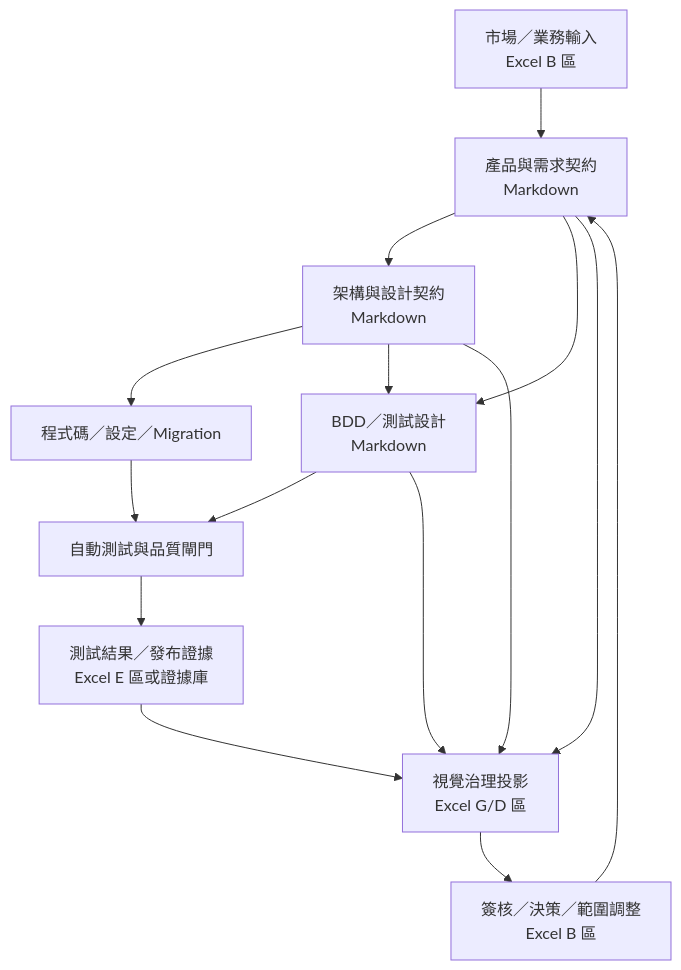
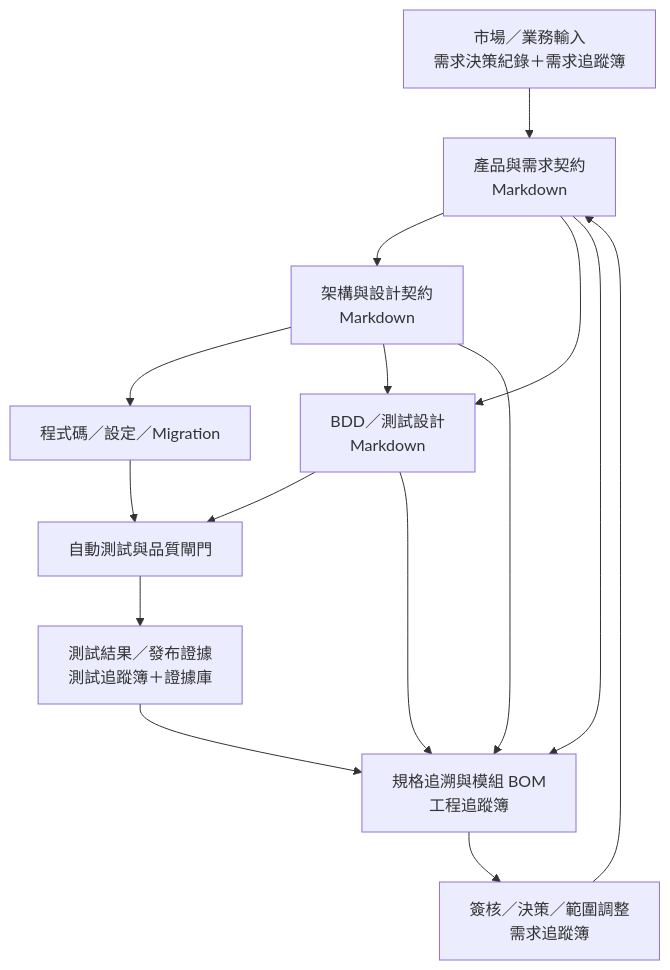
The diagram in docs/document-system/architecture.md (Zenobia000/claude-Godzilla-z), drawn with Mermaid before and after one commit. The commit also changed other lines of this file and 11 other files, not shown here.

````diff
--- a/docs/document-system/architecture.md
+++ b/docs/document-system/architecture.md
@@ -53,17 +53,17 @@
 ```mermaid
 flowchart TB
-    A[市場／業務輸入<br/>Excel B 區] --> B[產品與需求契約<br/>Markdown]
+    A[市場／業務輸入<br/>需求決策紀錄＋需求追蹤簿] --> B[產品與需求契約<br/>Markdown]
     B --> C[架構與設計契約<br/>Markdown]
     C --> D[程式碼／設定／Migration]
     B --> E[BDD／測試設計<br/>Markdown]
     C --> E
     D --> F[自動測試與品質閘門]
     E --> F
-    F --> G[測試結果／發布證據<br/>Excel E 區或證據庫]
-    B --> H[視覺治理投影<br/>Excel G/D 區]
+    F --> G[測試結果／發布證據<br/>測試追蹤簿＋證據庫]
+    B --> H[規格追溯與模組 BOM<br/>工程追蹤簿]
     C --> H
     E --> H
     G --> H
-    H --> I[簽核／決策／範圍調整<br/>Excel B 區]
+    H --> I[簽核／決策／範圍調整<br/>需求追蹤簿]
     I --> B
 ```
````
